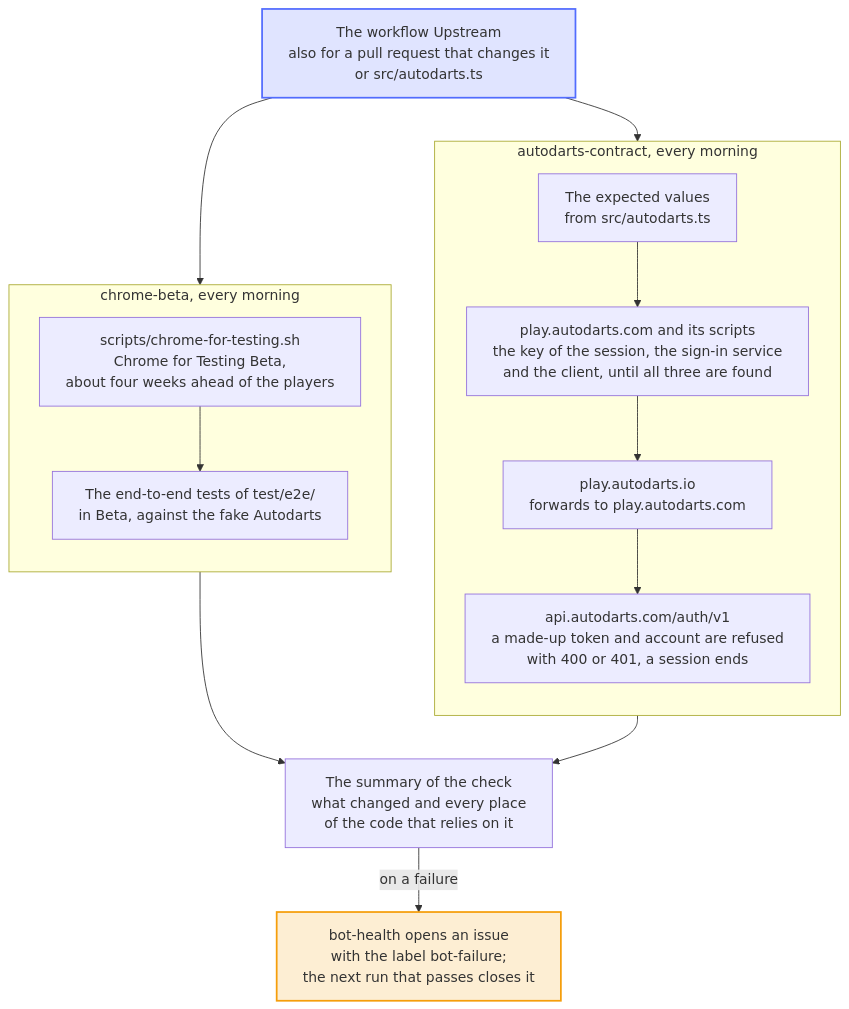
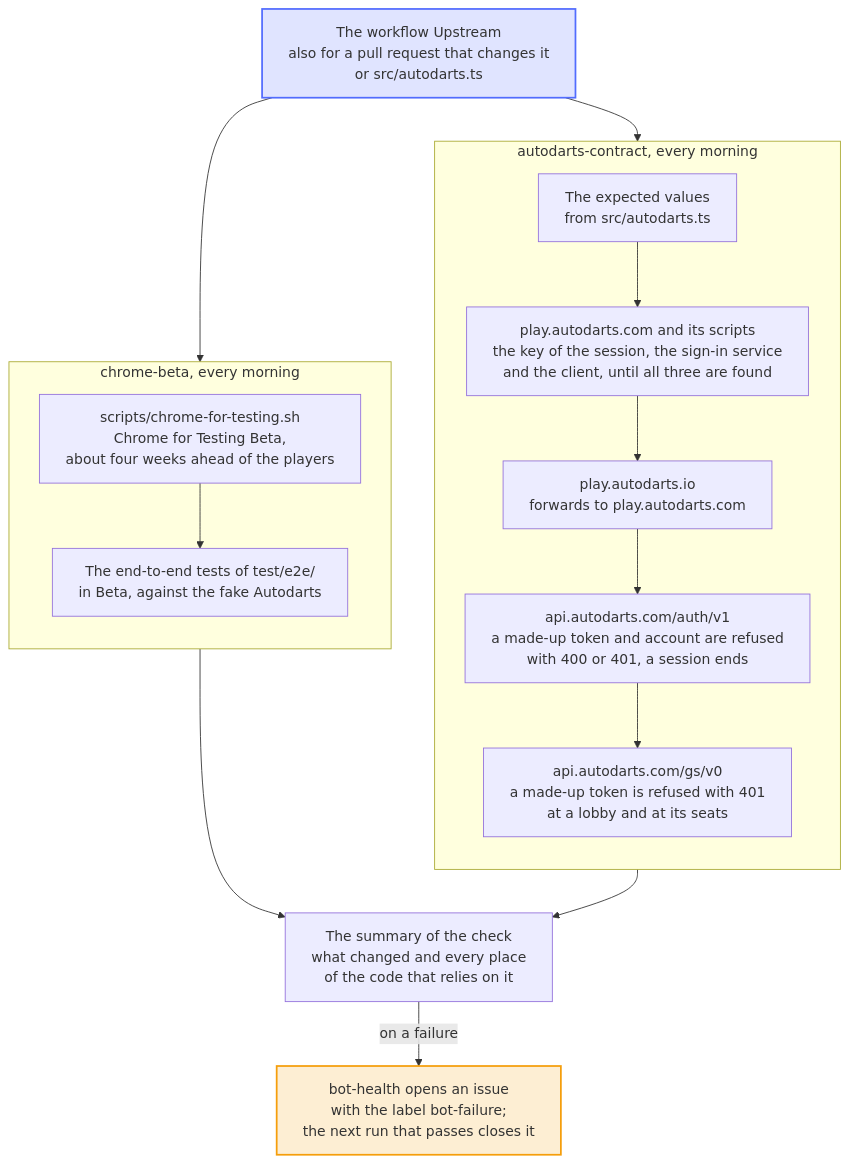
One commit to Dennis-Otto/player-switch-for-autodarts changed the diagram in docs/diagrams/how-the-upstream-checks-work.mmd. Above: the diagram before and after it, drawn with Mermaid. The commit also changed 46 other files, not shown here.

```diff
--- a/docs/diagrams/how-the-upstream-checks-work.mmd
+++ b/docs/diagrams/how-the-upstream-checks-work.mmd
@@ -1,43 +1,45 @@
 ---
 config:
   flowchart:
     wrappingWidth: 400
 ---
 flowchart TB
     accTitle: How the upstream checks work
-    accDescr: The workflow Upstream runs two checks of what the extension relies on but doesn't control. Every morning, autodarts-contract takes the expected values from src/autodarts.ts and asks the real Autodarts with made-up data only, about a dozen requests: it looks for the key of the session, the sign-in service and the client in the code of play.autodarts.com, script by script until it has found all three, follows the forward of play.autodarts.io, and sends a made-up token, a made-up account and the end of a made-up session to the sign-in service, through the functions of the extension. Every morning as well, chrome-beta downloads Chrome for Testing Beta, the next version of Chrome, and runs the end-to-end tests in it against the fake Autodarts. When either fails, its summary names what changed and where the code relies on it, and the bot-health bot opens an issue with the label bot-failure, which the next run that passes closes.
+    accDescr: The workflow Upstream runs two checks of what the extension relies on but doesn't control. Every morning, autodarts-contract takes the expected values from src/autodarts.ts and asks the real Autodarts with made-up data only, about a dozen requests: it looks for the key of the session, the sign-in service and the client in the code of play.autodarts.com, script by script until it has found all three, follows the forward of play.autodarts.io, sends a made-up token, a made-up account and the end of a made-up session to the sign-in service, and a made-up token to a made-up lobby and its seats at the game service, through the functions of the extension. Every morning as well, chrome-beta downloads Chrome for Testing Beta, the next version of Chrome, and runs the end-to-end tests in it against the fake Autodarts. When either fails, its summary names what changed and where the code relies on it, and the bot-health bot opens an issue with the label bot-failure, which the next run that passes closes.
 
     workflow["The workflow Upstream<br>also for a pull request that changes it<br>or src/autodarts.ts"]
 
     subgraph daily ["autodarts-contract, every morning"]
         direction TB
         values["The expected values<br>from src/autodarts.ts"]
         page["play.autodarts.com and its scripts<br>the key of the session, the sign-in service<br>and the client, until all three are found"]
         forward["play.autodarts.io<br>forwards to play.autodarts.com"]
         auth["api.autodarts.com/auth/v1<br>a made-up token and account are refused<br>with 400 or 401, a session ends"]
+        game["api.autodarts.com/gs/v0<br>a made-up token is refused with 401<br>at a lobby and at its seats"]
         values --> page
         page --> forward
         forward --> auth
+        auth --> game
     end
 
     subgraph beta ["chrome-beta, every morning"]
         direction TB
         download["scripts/chrome-for-testing.sh<br>Chrome for Testing Beta,<br>about four weeks ahead of the players"]
         tests["The end-to-end tests of test/e2e/<br>in Beta, against the fake Autodarts"]
         download --> tests
     end
 
     workflow --> values
     workflow --> download
 
     report["The summary of the check<br>what changed and every place<br>of the code that relies on it"]
-    auth --> report
+    game --> report
     tests --> report
 
     issue["bot-health opens an issue<br>with the label bot-failure;<br>the next run that passes closes it"]
     report -->|on a failure| issue
 
     classDef bot fill:#526cfe2e,stroke:#526cfe,stroke-width:2px
     classDef person fill:#f59e0b2e,stroke:#f59e0b,stroke-width:2px
     class workflow bot
     class issue person
```
